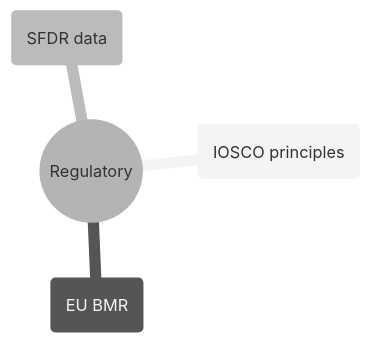
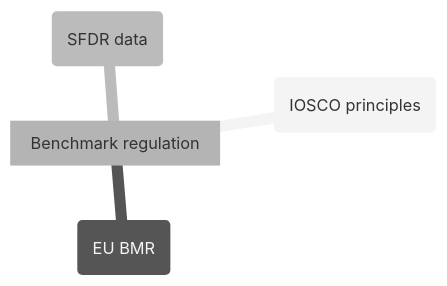
Before and after one commit to alp78/elysium: the diagram in content/18-Financial-Domain/Domains/domain-regulatory.md, drawn with Mermaid (neutral theme). The commit also changed 5 other files, not shown here.

````diff
--- a/content/18-Financial-Domain/Domains/domain-regulatory.md
+++ b/content/18-Financial-Domain/Domains/domain-regulatory.md
@@ -13,7 +13,7 @@
 ```mermaid
 mindmap
-  ((Regulatory))
+  root["Benchmark regulation"]
     (IOSCO principles)
     (EU BMR)
     (SFDR data)
 ```
````
